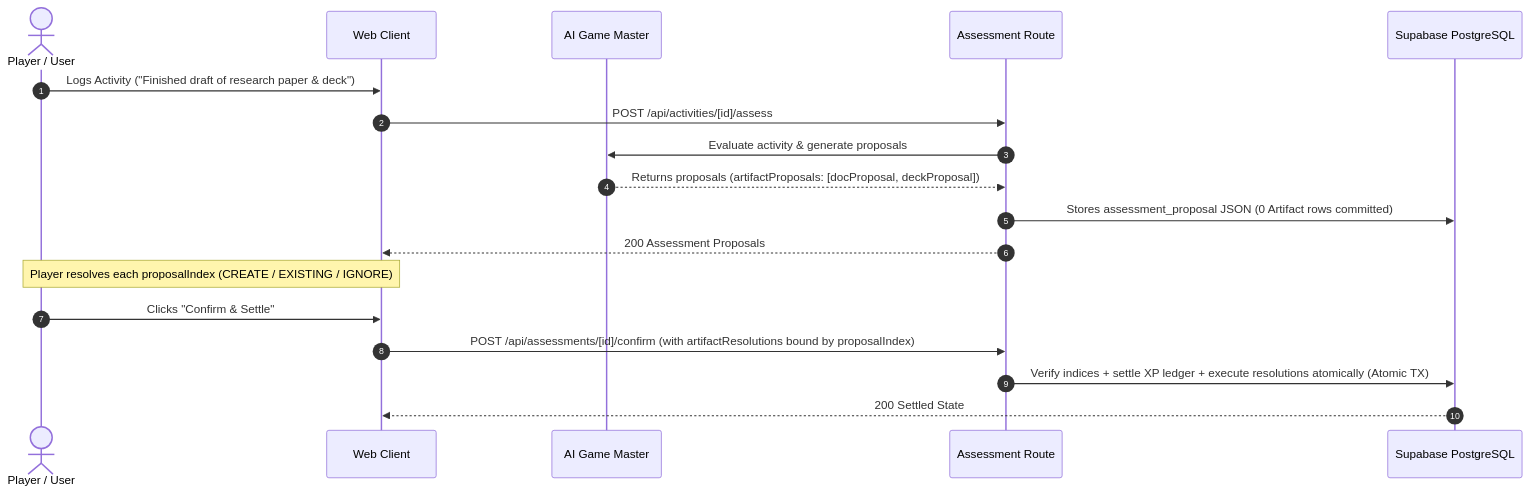
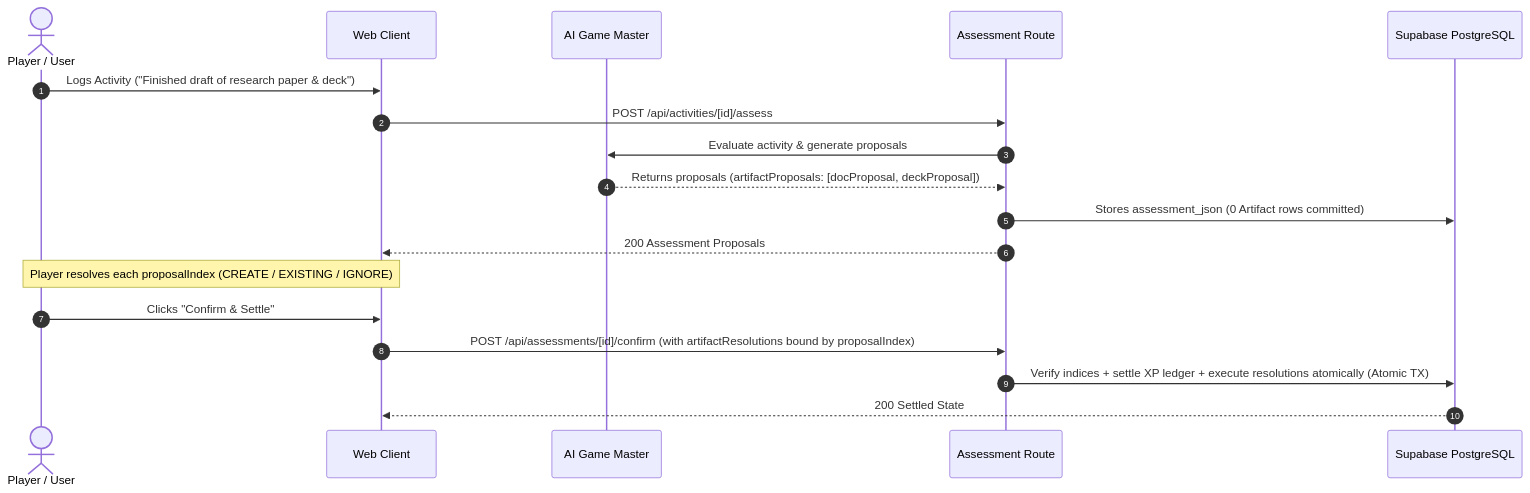
One commit to Daylily-Huang/AI-Personal-Growth-RPG changed the diagram in docs/Stage7/02_ARTIFACT_AUTHORITY_RULES.md. Above: the diagram before and after it, drawn with Mermaid. The commit also changed other lines of this file and 2 other files, not shown here.

Commit message:
docs(stage7): correct assessment_json authority source, approvedOverrides whitelist & relation rollback gate

````diff
--- a/docs/Stage7/02_ARTIFACT_AUTHORITY_RULES.md
+++ b/docs/Stage7/02_ARTIFACT_AUTHORITY_RULES.md
@@ -109,21 +109,21 @@
 ```mermaid
 sequenceDiagram
     autonumber
     actor Player as Player / User
     participant Web as Web Client
     participant AI as AI Game Master
     participant API as Assessment Route
     participant DB as Supabase PostgreSQL
 
     Player->>Web: Logs Activity ("Finished draft of research paper & deck")
     Web->>API: POST /api/activities/[id]/assess
     API->>AI: Evaluate activity & generate proposals
     AI-->>API: Returns proposals (artifactProposals: [docProposal, deckProposal])
-    API->>DB: Stores assessment_proposal JSON (0 Artifact rows committed)
+    API->>DB: Stores assessment_json (0 Artifact rows committed)
     API-->>Web: 200 Assessment Proposals
     Note over Web,Player: Player resolves each proposalIndex (CREATE / EXISTING / IGNORE)
     Player->>Web: Clicks "Confirm & Settle"
     Web->>API: POST /api/assessments/[id]/confirm (with artifactResolutions bound by proposalIndex)
     API->>DB: Verify indices + settle XP ledger + execute resolutions atomically (Atomic TX)
     DB-->>Web: 200 Settled State
 ```
````
